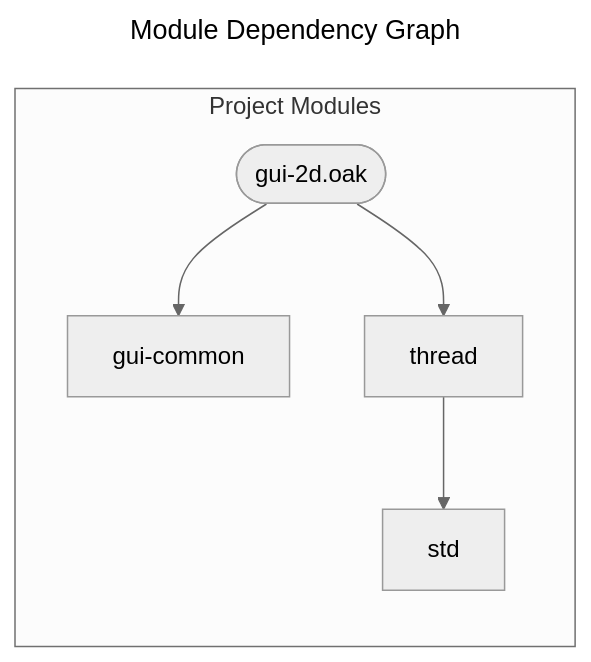
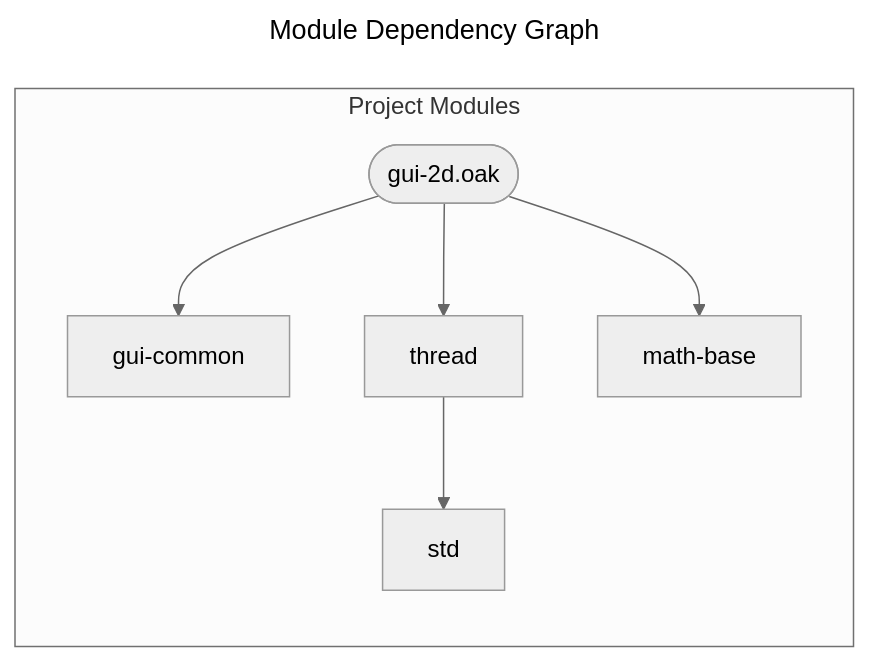
One commit to SpcFORK/magnolia changed the diagram in docs/spec/gui-2d.mmd. Above: the diagram before and after it, drawn with Mermaid (neutral theme). The commit also changed 607 other files, not shown here.

```diff
--- a/docs/spec/gui-2d.mmd
+++ b/docs/spec/gui-2d.mmd
@@ -1,13 +1,15 @@
 ---
 title: Module Dependency Graph
 ---
 flowchart LR
     subgraph project_modules ["Project Modules"]
+        lib_gui_2d_oak(["gui-2d.oak"])
         gui_common["gui-common"]
         thread["thread"]
         std["std"]
-        lib_gui_2d_oak(["gui-2d.oak"])
+        math_base["math-base"]
     end
-    thread --> std
     lib_gui_2d_oak --> gui_common
     lib_gui_2d_oak --> thread
+    lib_gui_2d_oak --> math_base
+    thread --> std
```
